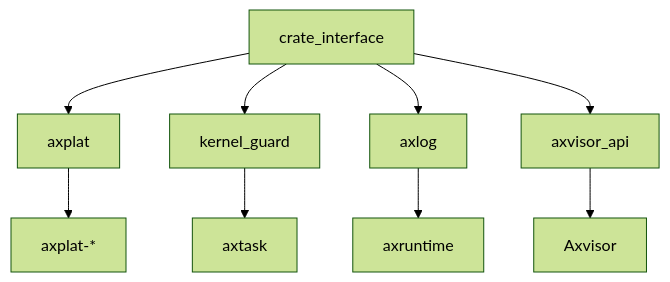
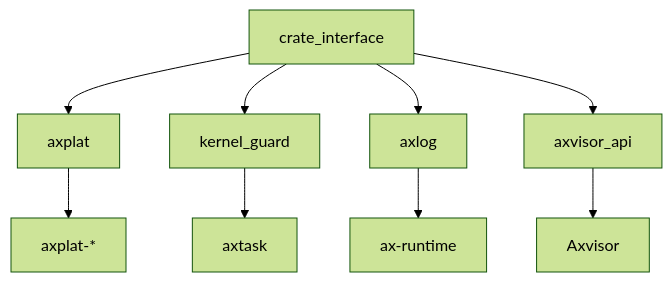
The second of 2 diagrams in docs/crates/crate_interface.md (zKurisu/tgoskits), drawn with Mermaid (forest theme) before and after one commit. The commit also changed other lines of this file and 69 other files, not shown here.

Commit message:
rename axruntime to ax-runtime

````diff
--- a/docs/crates/crate_interface.md
+++ b/docs/crates/crate_interface.md
@@ -163,12 +163,12 @@
 ```mermaid
 graph TD
     A[crate_interface]
     A --> B[axplat]
     A --> C[kernel_guard]
     A --> D[axlog]
     A --> E[axvisor_api]
     B --> F[axplat-*]
-    D --> G[axruntime]
+    D --> G[ax-runtime]
     C --> H[axtask]
     E --> I[Axvisor]
 ```
````
